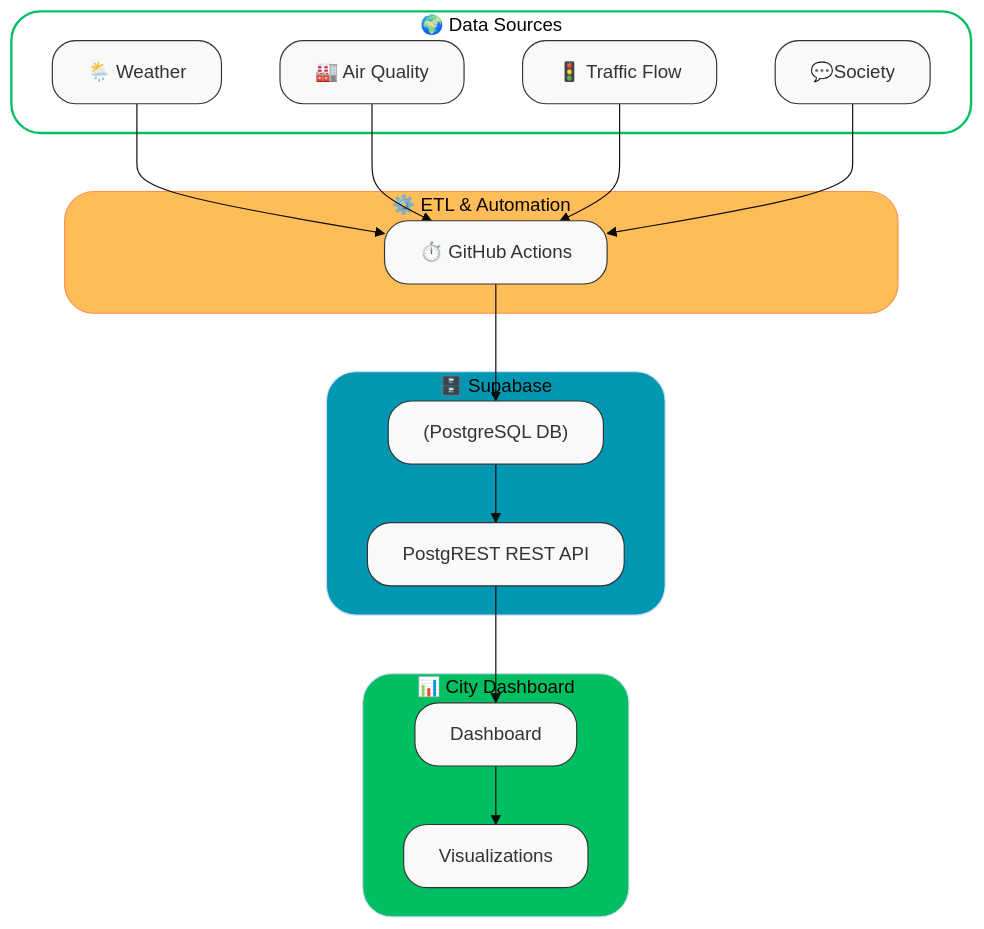
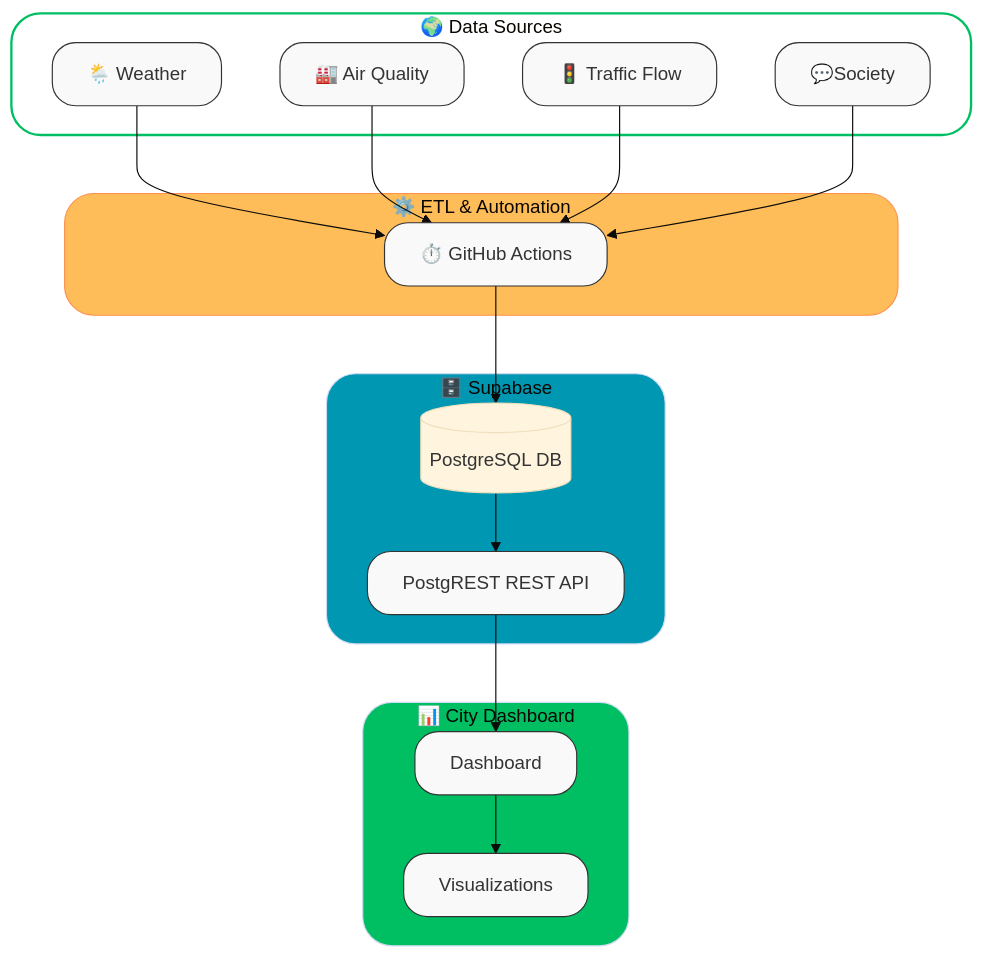
Before and after one commit to NavidTavakoli/TOP-turin-open-data-platform: the diagram in README.md, drawn with Mermaid (base theme).

````diff
--- a/README.md
+++ b/README.md
@@ -91,44 +91,45 @@
 ```mermaid
 flowchart TD
     subgraph DataSources[🌍 Data Sources]
         A1["🌦️ Weather"]
         A2["🏭 Air Quality"]
         A3["🚦 Traffic Flow"]
         A4["💬Society"]
     end
 
     subgraph ETL[⚙️ ETL & Automation]
         B1["⏱️ GitHub Actions"]
     end
 
     subgraph Database[🗄️ Supabase]
-        C1["(PostgreSQL DB)"]
+        C1[(PostgreSQL DB)]
         C2["PostgREST REST API"]
     end
 
     subgraph Dashboard[📊 City Dashboard]
         D1["Dashboard"]
         D2["Visualizations"]
     end
 
     A1 --> B1
     A2 --> B1
     A3 --> B1
     A4 --> B1
 
     B1 --> C1
     C1 --> C2
     C2 --> D1
     D1 --> D2
 
     %% ---------- Styles ----------
     classDef rounded fill:#f9f9f9,stroke:#333,stroke-width:1px,rx:20,ry:20
-    class A1,A2,A3,A4,B1,C1,C2,D1,D2 rounded
+    class A1,A2,A3,A4,B1,C2,D1,D2 rounded
 
- 
+    %% ---------- subgraph --------
     style DataSources fill:#FFFFFF,stroke:#00BF63,stroke-width:2px,rx:25,ry:25
     style ETL fill:#FFBD59,stroke:#FF914D,rx:25,ry:25
     style Database fill:#0097B2,rx:25,ry:25
     style Dashboard fill:#00BF63,rx:25,ry:25
 
+
 ```
````
